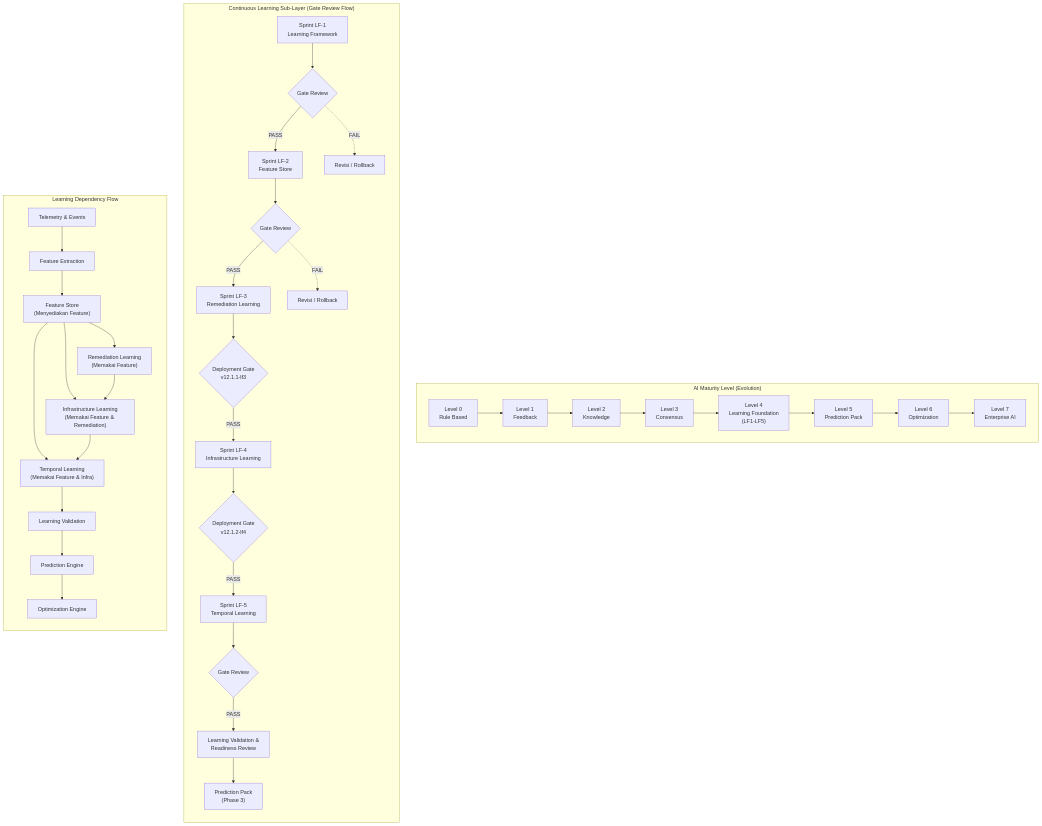
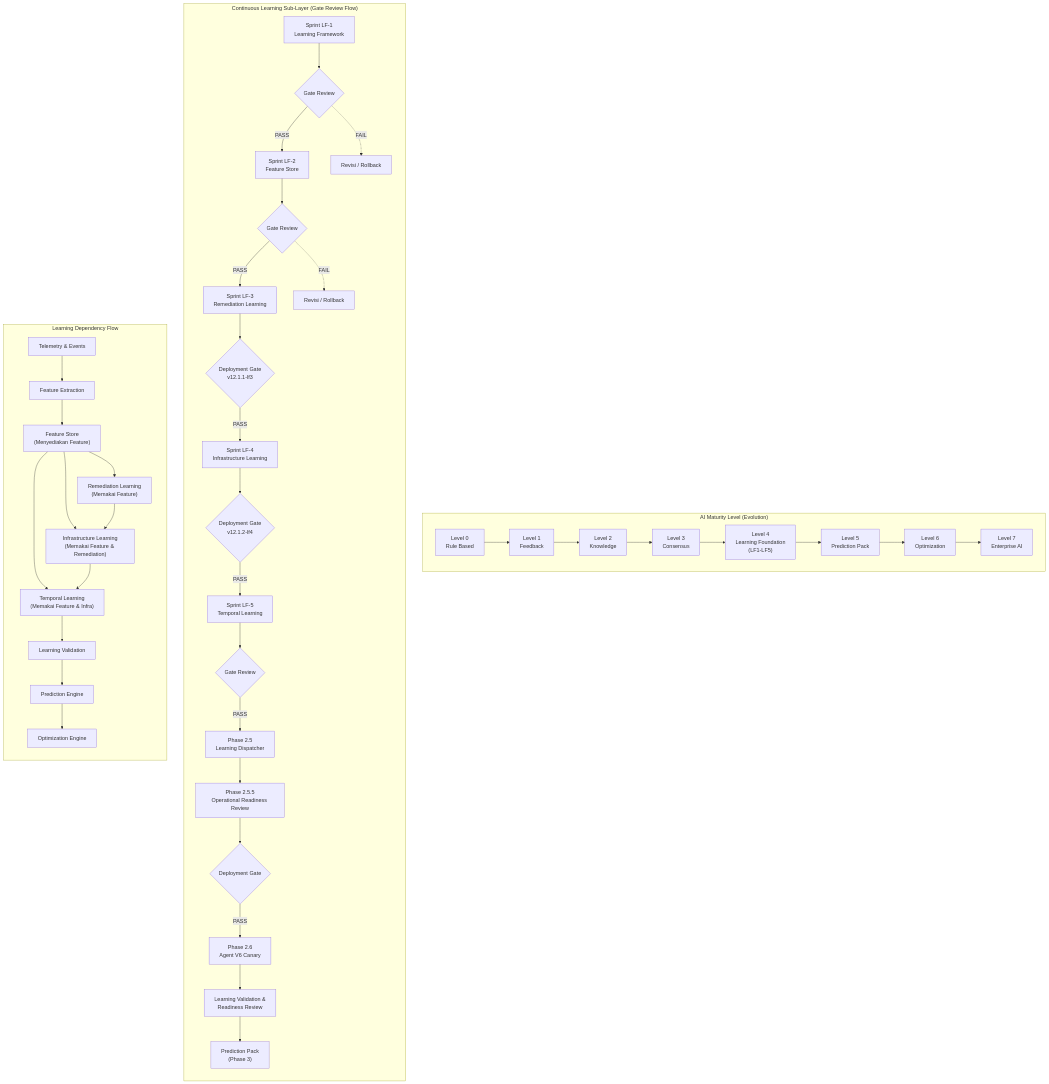
The diagram in DOCUMENTATION/PRD_JULI 19 2026.MD (ramadhan24021996/AI-NOC-ITSM), drawn with Mermaid before and after one commit.

Commit message:
docs: Update PRD LF Roadmap Diagram with Phase 2.5 and Phase 2.5.5 ORR

````diff
--- a/DOCUMENTATION/PRD_JULI 19 2026.MD
+++ b/DOCUMENTATION/PRD_JULI 19 2026.MD
@@ -1771,55 +1771,61 @@
 ```mermaid
 graph TD
     %% AI MATURITY LADDER
     subgraph AI_MATURITY ["AI Maturity Level (Evolution)"]
         direction LR
         L0["Level 0<br/>Rule Based"] --> L1["Level 1<br/>Feedback"]
         L1 --> L2["Level 2<br/>Knowledge"]
         L2 --> L3["Level 3<br/>Consensus"]
         L3 --> L4["Level 4<br/>Learning Foundation<br/>(LF1-LF5)"]
         L4 --> L5["Level 5<br/>Prediction Pack"]
         L5 --> L6["Level 6<br/>Optimization"]
         L6 --> L7["Level 7<br/>Enterprise AI"]
     end
 
     %% LF SPRINT ROADMAP & DEPLOYMENT GATES
     subgraph LF_ROADMAP ["Continuous Learning Sub-Layer (Gate Review Flow)"]
         direction TB
         LF1["Sprint LF-1<br/>Learning Framework"] --> G1{"Gate Review"}
         G1 -- PASS --> LF2["Sprint LF-2<br/>Feature Store"]
         G1 -. FAIL .-> R1["Revisi / Rollback"]
         
         LF2 --> G2{"Gate Review"}
         G2 -- PASS --> LF3["Sprint LF-3<br/>Remediation Learning"]
         G2 -. FAIL .-> R2["Revisi / Rollback"]
         
         LF3 --> G3{"Deployment Gate<br/>v12.1.1-lf3"}
         G3 -- PASS --> LF4["Sprint LF-4<br/>Infrastructure Learning"]
         
         LF4 --> G4{"Deployment Gate<br/>v12.1.2-lf4"}
         G4 -- PASS --> LF5["Sprint LF-5<br/>Temporal Learning"]
         
         LF5 --> G5{"Gate Review"}
-        G5 -- PASS --> LV["Learning Validation &<br/>Readiness Review"]
+        G5 -- PASS --> P25["Phase 2.5<br/>Learning Dispatcher"]
+        
+        P25 --> ORR["Phase 2.5.5<br/>Operational Readiness Review"]
+        ORR --> G6{"Deployment Gate"}
+        
+        G6 -- PASS --> P26["Phase 2.6<br/>Agent V6 Canary"]
+        P26 --> LV["Learning Validation &<br/>Readiness Review"]
         
         LV --> PREDICTION["Prediction Pack<br/>(Phase 3)"]
     end
 
     %% LEARNING DEPENDENCY FLOW
     subgraph DATA_DEPENDENCY ["Learning Dependency Flow"]
         direction TB
         RAW["Telemetry & Events"] --> EXT["Feature Extraction"]
         EXT --> FS["Feature Store<br/>(Menyediakan Feature)"]
         
         FS --> REM["Remediation Learning<br/>(Memakai Feature)"]
         FS --> INF["Infrastructure Learning<br/>(Memakai Feature & Remediation)"]
         REM --> INF
         
         FS --> TMP["Temporal Learning<br/>(Memakai Feature & Infra)"]
         INF --> TMP
         
         TMP --> VAL["Learning Validation"]
         VAL --> PRED["Prediction Engine"]
         PRED --> OPT["Optimization Engine"]
     end
 ```
````
